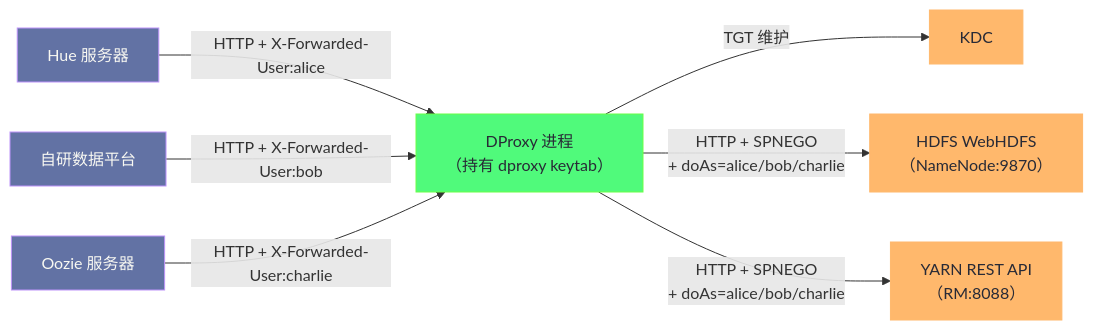
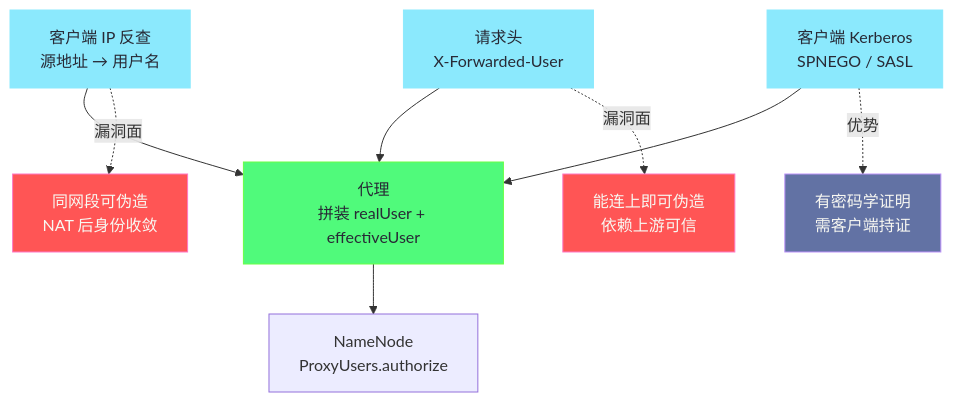
Before and after one commit to hpliStartAgain/my-brain: the second of 5 diagrams in content/大数据/安全与认证/06 DProxy 透明代理原理与生产实践.md, drawn with Mermaid. The commit also changed other lines of this file and 455 other files, not shown here.

````diff
--- a/content/大数据/安全与认证/06 DProxy 透明代理原理与生产实践.md
+++ b/content/大数据/安全与认证/06 DProxy 透明代理原理与生产实践.md
@@ -233,23 +219,25 @@
 ```mermaid
 %%{init: {'theme': 'dracula'}}%%
-graph LR
-    classDef user fill:#8be9fd,stroke:#8be9fd,color:#282a36
-    classDef app fill:#6272a4,stroke:#bd93f9,color:#f8f8f2
+graph TD
+    classDef src fill:#8be9fd,stroke:#8be9fd,color:#282a36
     classDef proxy fill:#50fa7b,stroke:#69ff47,color:#282a36
-    classDef hadoop fill:#ffb86c,stroke:#ffb86c,color:#282a36
+    classDef risky fill:#ff5555,stroke:#ff79c6,color:#f8f8f2
+    classDef ok fill:#6272a4,stroke:#bd93f9,color:#f8f8f2
 
-    A1["Hue 服务器"]:::app
-    A2["自研数据平台"]:::app
-    A3["Oozie 服务器"]:::app
-    B["DProxy 进程</br>（持有 dproxy keytab）"]:::proxy
-    C["HDFS WebHDFS</br>（NameNode:9870）"]:::hadoop
-    D["YARN REST API</br>（RM:8088）"]:::hadoop
-    E["KDC"]:::hadoop
+    A["客户端 IP 反查<br/>源地址 → 用户名"]:::src
+    B["请求头<br/>X-Forwarded-User"]:::src
+    C["客户端 Kerberos<br/>SPNEGO / SASL"]:::src
+    P["代理<br/>拼装 realUser + effectiveUser"]:::proxy
 
-    A1 -->|"HTTP + X-Forwarded-User:alice"| B
-    A2 -->|"HTTP + X-Forwarded-User:bob"| B
-    A3 -->|"HTTP + X-Forwarded-User:charlie"| B
-    B -->|"TGT 维护"| E
-    B -->|"HTTP + SPNEGO</br>+ doAs=alice/bob/charlie"| C
-    B -->|"HTTP + SPNEGO</br>+ doAs=alice/bob/charlie"| D
+    R1["同网段可伪造<br/>NAT 后身份收敛"]:::risky
+    R2["能连上即可伪造<br/>依赖上游可信"]:::risky
+    O1["有密码学证明<br/>需客户端持证"]:::ok
+
+    A --> P
+    B --> P
+    C --> P
+    A -.->|"漏洞面"| R1
+    B -.->|"漏洞面"| R2
+    C -.->|"优势"| O1
+    P --> D["NameNode<br/>ProxyUsers.authorize"]
 ```
````
